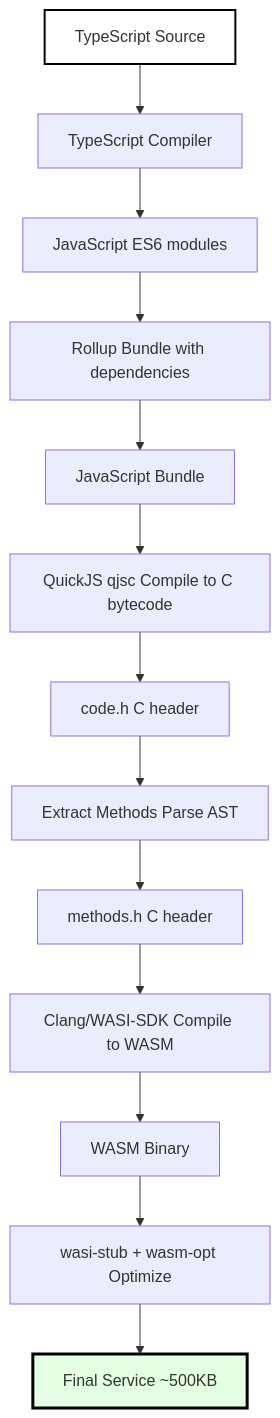
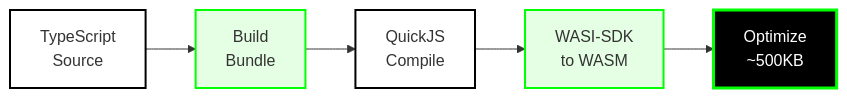
One commit to calimero-network/docs changed the first of 2 diagrams in docs/builder-directory/js-sdk-guide.md. Above: the diagram before and after it, drawn with Mermaid. The commit also changed other lines of this file and 26 other files, not shown here.

First line of the commit message:
docs: Reorganize documentation structure and fix graphs

````diff
--- a/docs/builder-directory/js-sdk-guide.md
+++ b/docs/builder-directory/js-sdk-guide.md
@@ -25,32 +25,13 @@
 ```mermaid
-flowchart TD
-    TS[TypeScript Source]
-    TC[TypeScript Compiler]
-    JS[JavaScript ES6 modules]
-    ROLLUP[Rollup Bundle with dependencies]
-    BUNDLE[JavaScript Bundle]
-    QJSC[QuickJS qjsc Compile to C bytecode]
-    CODEH[code.h C header]
-    EXTRACT[Extract Methods Parse AST]
-    METHODS[methods.h C header]
-    CLANG[Clang/WASI-SDK Compile to WASM]
-    WASM[WASM Binary]
-    OPT[wasi-stub + wasm-opt Optimize]
-    FINAL[Final Service ~500KB]
-    
-    TS --> TC
-    TC --> JS
-    JS --> ROLLUP
-    ROLLUP --> BUNDLE
-    BUNDLE --> QJSC
-    QJSC --> CODEH
-    CODEH --> EXTRACT
-    EXTRACT --> METHODS
-    METHODS --> CLANG
-    CLANG --> WASM
-    WASM --> OPT
-    OPT --> FINAL
+flowchart LR
+    TS[TypeScript<br/>Source] --> BUILD[Build<br/>Bundle]
+    BUILD --> QJS[QuickJS<br/>Compile]
+    QJS --> WASM[WASI-SDK<br/>to WASM]
+    WASM --> OPT[Optimize<br/>~500KB]
     
     style TS fill:#ffffff,stroke:#000000,stroke-width:2px
-    style FINAL fill:#e5ffe5,stroke:#000000,stroke-width:3px
+    style BUILD fill:#e5ffe5,stroke:#00ff00,stroke-width:2px
+    style QJS fill:#ffffff,stroke:#000000,stroke-width:2px
+    style WASM fill:#e5ffe5,stroke:#00ff00,stroke-width:2px
+    style OPT fill:#000000,stroke:#00ff00,stroke-width:3px,color:#ffffff
 ```
````
